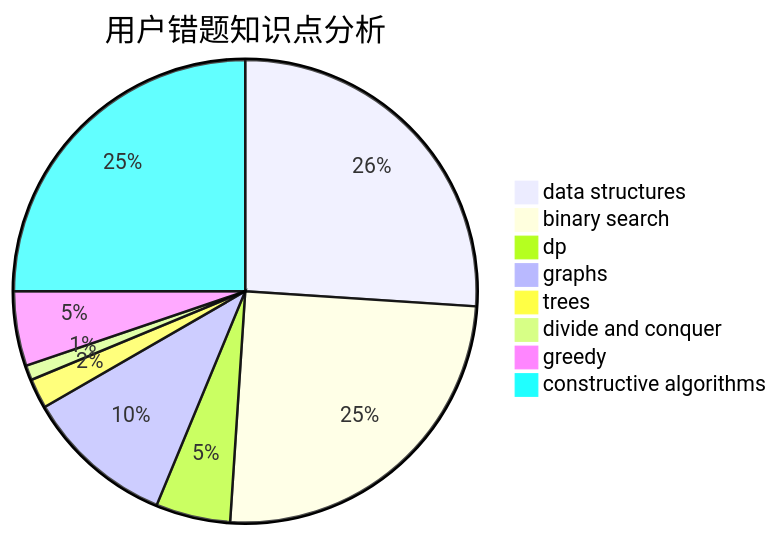
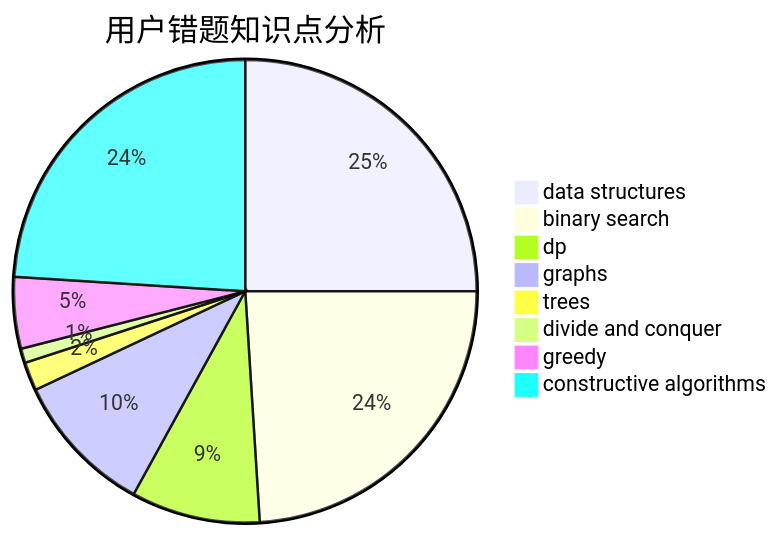
The third of 3 diagrams in docs/user/u2031.md (sherpahu/cfrs.github.io), drawn with Mermaid before and after one commit. The commit also changed other lines of this file and 2770 other files, not shown here.

````diff
--- a/docs/user/u2031.md
+++ b/docs/user/u2031.md
@@ -36,11 +36,11 @@
 ```mermaid
 pie title 用户错题知识点分析
     "data structures" :  25
     "binary search" :  24
-    "dp" :  5
+    "dp" :  9
     "graphs" :  10
     "trees" :  2
     "divide and conquer" :  1
     "greedy" :  5
     "constructive algorithms" :  24
 ```
````
